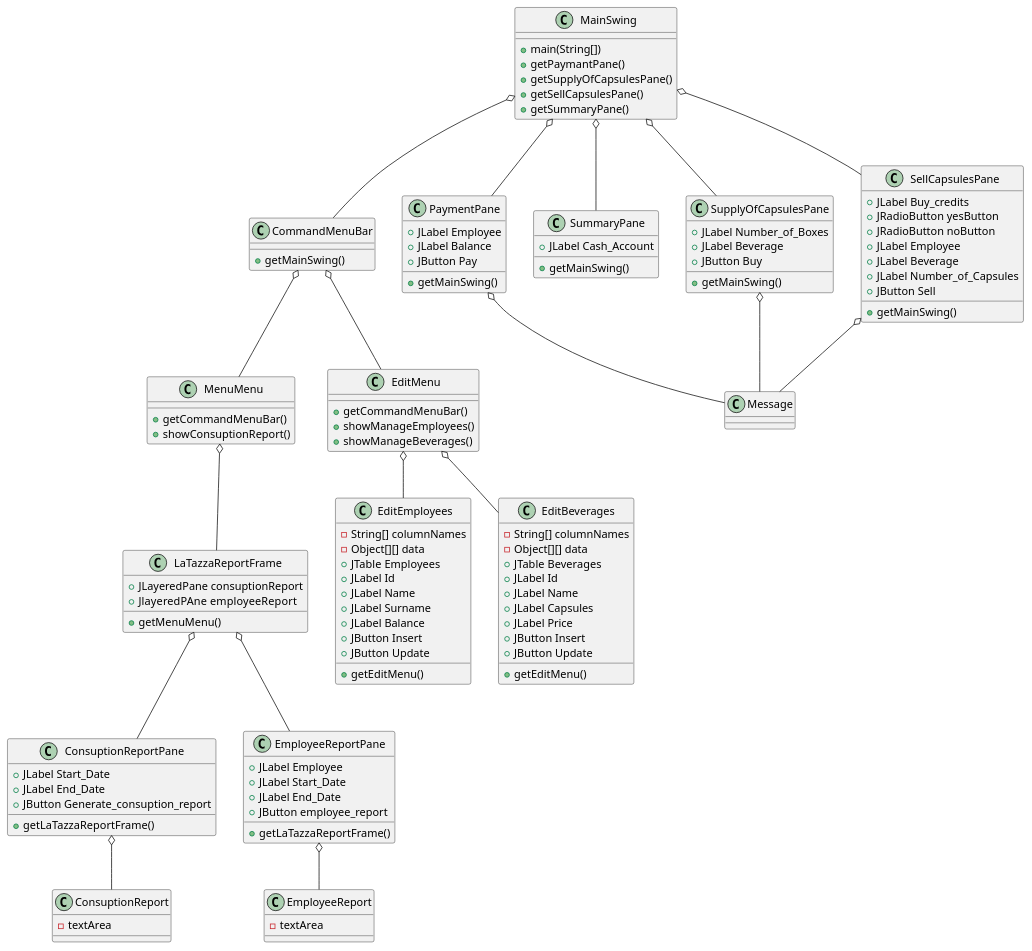
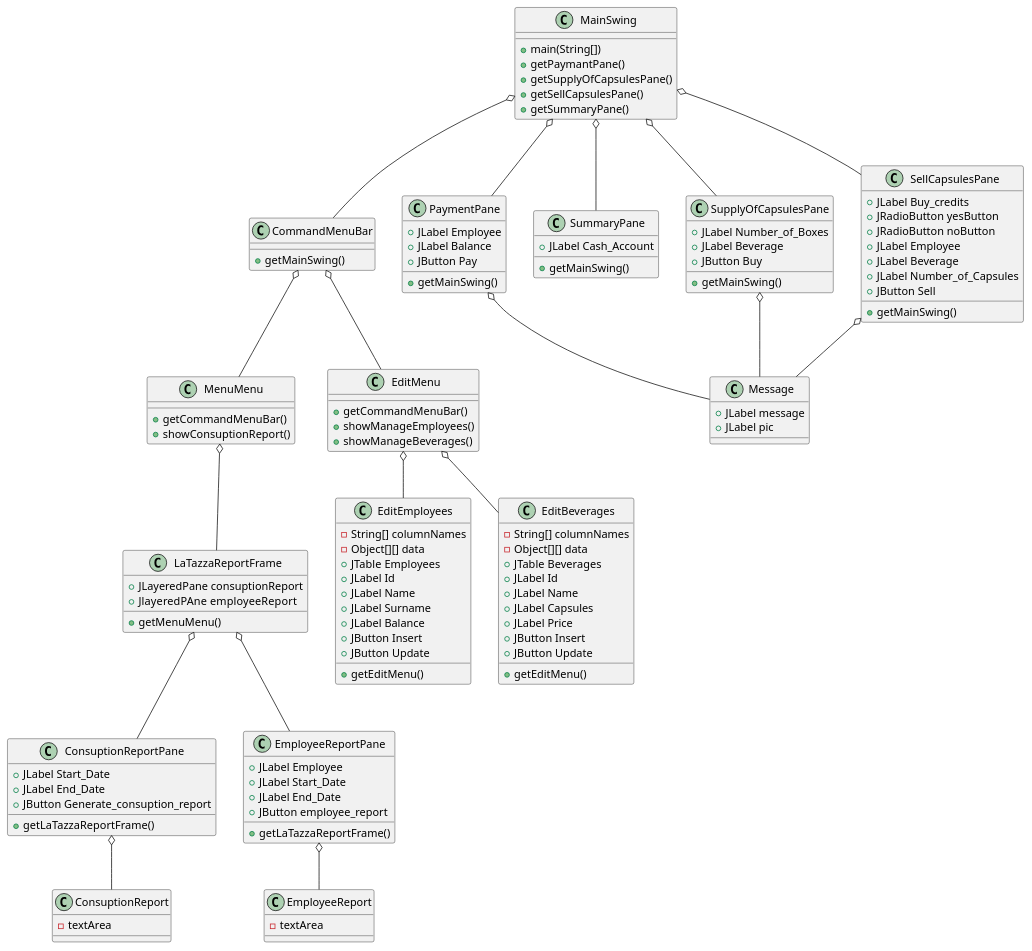
Before and after one commit to salvatore-dimartino/LaTazza: the fifth of 7 diagrams in templates/DesignDocumentTemplate.md, drawn with PlantUML.

```diff
--- a/templates/DesignDocumentTemplate.md
+++ b/templates/DesignDocumentTemplate.md
@@ -397,7 +397,8 @@
 }
 
 class Message {
-
+    +JLabel message
+    +JLabel pic
 }
 
 MainSwing o-- CommandMenuBar
```
